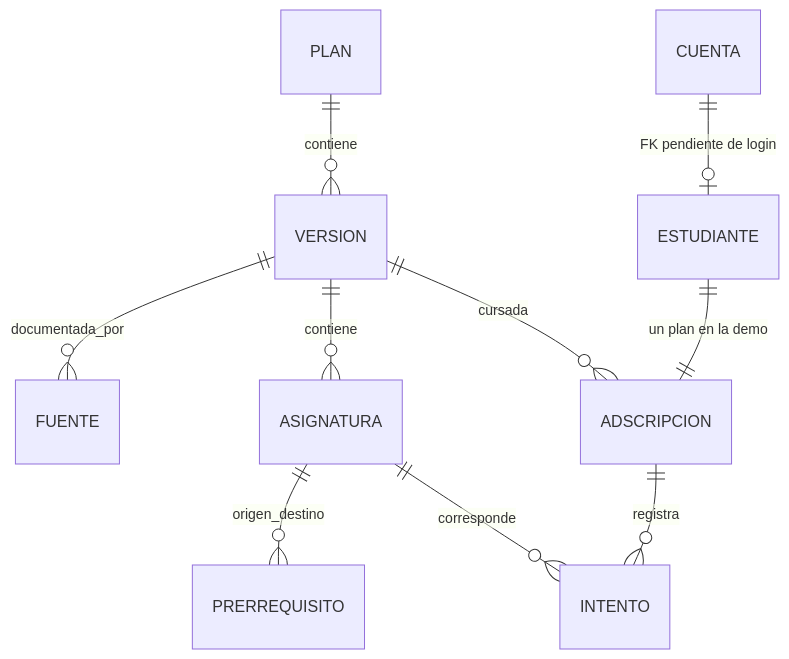
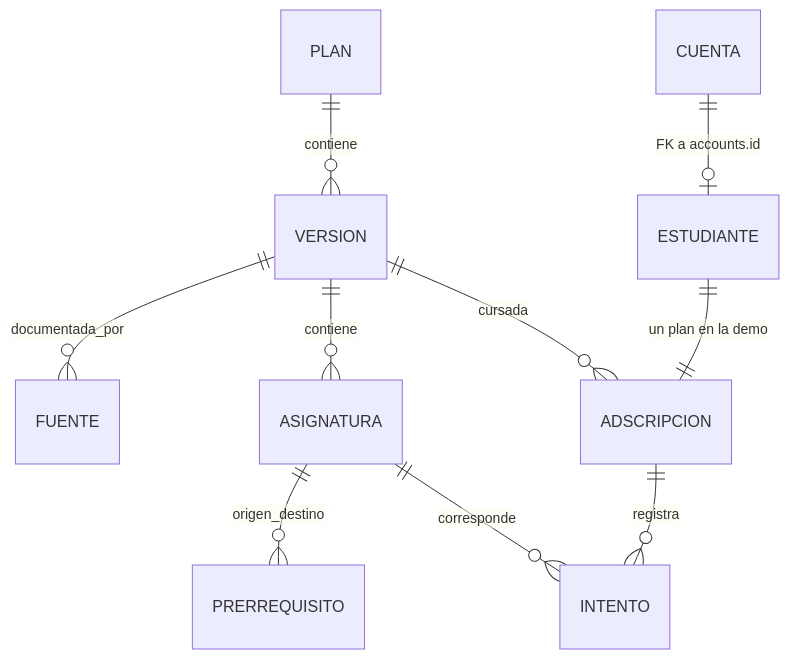
The diagram in Docs/ACADEMICO.md (Menderin/Cenit), drawn with Mermaid before and after one commit. The commit also changed other lines of this file and 42 other files, not shown here.

````diff
--- a/Docs/ACADEMICO.md
+++ b/Docs/ACADEMICO.md
@@ -27,12 +27,12 @@
 ```mermaid
 erDiagram
     PLAN ||--o{ VERSION : contiene
     VERSION ||--o{ FUENTE : documentada_por
     VERSION ||--o{ ASIGNATURA : contiene
     ASIGNATURA ||--o{ PRERREQUISITO : origen_destino
-    CUENTA ||--o| ESTUDIANTE : "FK pendiente de login"
+    CUENTA ||--o| ESTUDIANTE : "FK a accounts.id"
     ESTUDIANTE ||--|| ADSCRIPCION : "un plan en la demo"
     VERSION ||--o{ ADSCRIPCION : cursada
     ADSCRIPCION ||--o{ INTENTO : registra
     ASIGNATURA ||--o{ INTENTO : corresponde
 ```
````
